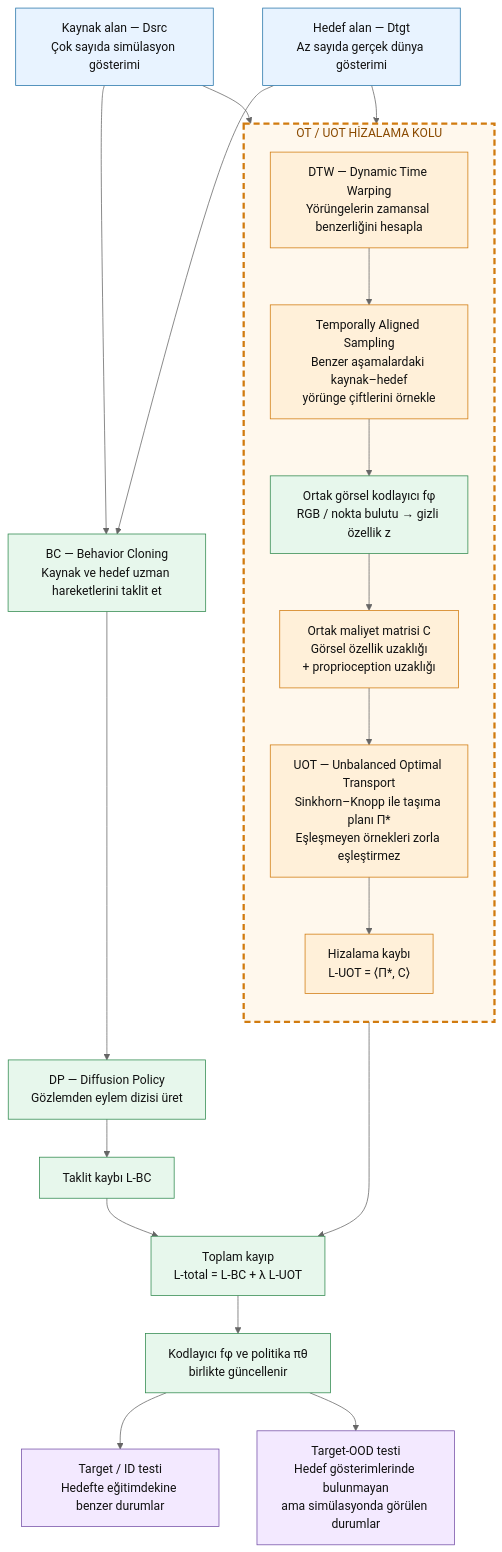
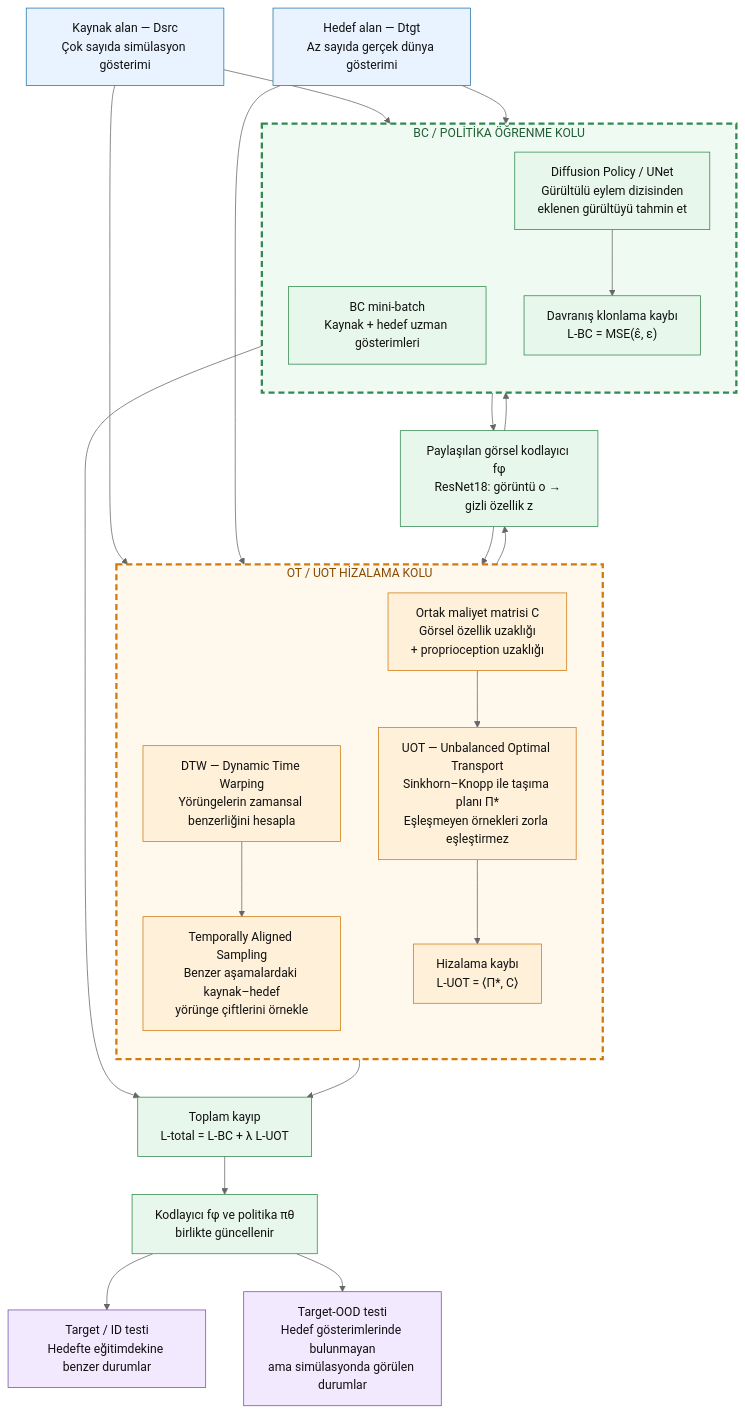
Before and after one commit to burhanbarakli/gda-single-task-reproduction: the first of 2 diagrams in gda-stack-table-wood-sonuclari/GDA-MAKALE-AKISI-VE-YONTEMLER.md, drawn with Mermaid (neutral theme). The commit also changed other lines of this file and 1 other file, not shown here.

Commit message:
Explain BC policy learning branch

````diff
--- a/gda-stack-table-wood-sonuclari/GDA-MAKALE-AKISI-VE-YONTEMLER.md
+++ b/gda-stack-table-wood-sonuclari/GDA-MAKALE-AKISI-VE-YONTEMLER.md
@@ -10,42 +10,50 @@
 ```mermaid
 flowchart TB
     SRC["Kaynak alan — Dsrc<br/>Çok sayıda simülasyon gösterimi"]
     TGT["Hedef alan — Dtgt<br/>Az sayıda gerçek dünya gösterimi"]
 
-    SRC --> DTW
-    TGT --> DTW
-
     subgraph OTBRANCH["OT / UOT HİZALAMA KOLU"]
         direction TB
         DTW["DTW — Dynamic Time Warping<br/>Yörüngelerin zamansal benzerliğini hesapla"]
         DTW --> TAS["Temporally Aligned Sampling<br/>Benzer aşamalardaki kaynak–hedef<br/>yörünge çiftlerini örnekle"]
-        TAS --> ENC["Ortak görsel kodlayıcı fφ<br/>RGB / nokta bulutu → gizli özellik z"]
-        ENC --> COST["Ortak maliyet matrisi C<br/>Görsel özellik uzaklığı<br/>+ proprioception uzaklığı"]
+        COST["Ortak maliyet matrisi C<br/>Görsel özellik uzaklığı<br/>+ proprioception uzaklığı"]
         COST --> UOT["UOT — Unbalanced Optimal Transport<br/>Sinkhorn–Knopp ile taşıma planı Π*<br/>Eşleşmeyen örnekleri zorla eşleştirmez"]
         UOT --> LOT["Hizalama kaybı<br/>L-UOT = ⟨Π*, C⟩"]
     end
 
+    subgraph BCBRANCH["BC / POLİTİKA ÖĞRENME KOLU"]
+        direction TB
+        BC["BC mini-batch<br/>Kaynak + hedef uzman gösterimleri"]
+        DP["Diffusion Policy / UNet<br/>Gürültülü eylem dizisinden<br/>eklenen gürültüyü tahmin et"]
+        DP --> LBC["Davranış klonlama kaybı<br/>L-BC = MSE(ε̂, ε)"]
+    end
+
+    SRC --> DTW
+    TGT --> DTW
     SRC --> BC
     TGT --> BC
-    BC["BC — Behavior Cloning<br/>Kaynak ve hedef uzman hareketlerini taklit et"]
-    BC --> DP["DP — Diffusion Policy<br/>Gözlemden eylem dizisi üret"]
-    DP --> LBC["Taklit kaybı L-BC"]
+
+    TAS --> ENC["Paylaşılan görsel kodlayıcı fφ<br/>ResNet18: görüntü o → gizli özellik z"]
+    BC --> ENC
+    ENC --> COST
+    ENC --> DP
 
     LOT --> TOTAL
     LBC --> TOTAL
     TOTAL["Toplam kayıp<br/>L-total = L-BC + λ L-UOT"]
     TOTAL --> UPDATE["Kodlayıcı fφ ve politika πθ<br/>birlikte güncellenir"]
 
     UPDATE --> ID["Target / ID testi<br/>Hedefte eğitimdekine benzer durumlar"]
     UPDATE --> OOD["Target-OOD testi<br/>Hedef gösterimlerinde bulunmayan<br/>ama simülasyonda görülen durumlar"]
 
     classDef data fill:#e8f3ff,stroke:#2574a9,color:#111;
     classDef align fill:#fff0d9,stroke:#d17b0f,color:#111;
     classDef learn fill:#e7f7ec,stroke:#318a4f,color:#111;
     classDef test fill:#f3e9ff,stroke:#7651a8,color:#111;
     class SRC,TGT data;
     class DTW,TAS,COST,UOT,LOT align;
     class ENC,BC,DP,LBC,TOTAL,UPDATE learn;
     class ID,OOD test;
     style OTBRANCH fill:#fff8ed,stroke:#d17b0f,stroke-width:3px,stroke-dasharray:8 5,color:#8a4a00;
+    style BCBRANCH fill:#effaf2,stroke:#318a4f,stroke-width:3px,stroke-dasharray:8 5,color:#205f36;
 ```
````
